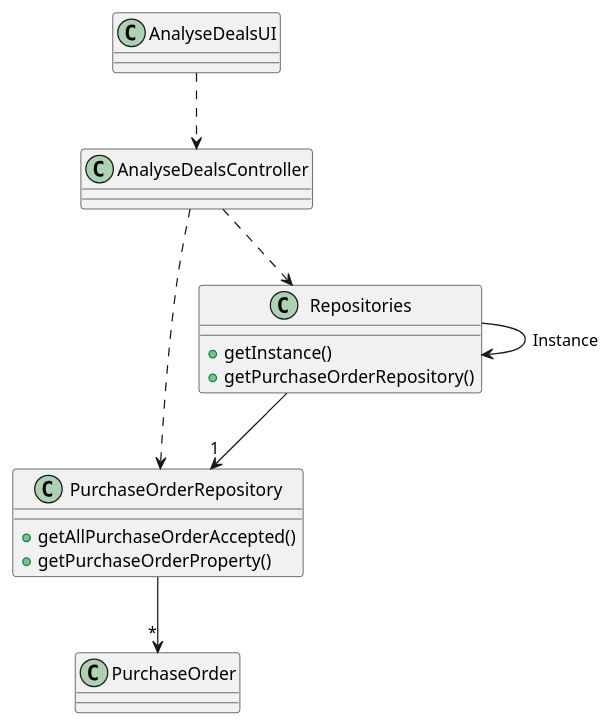
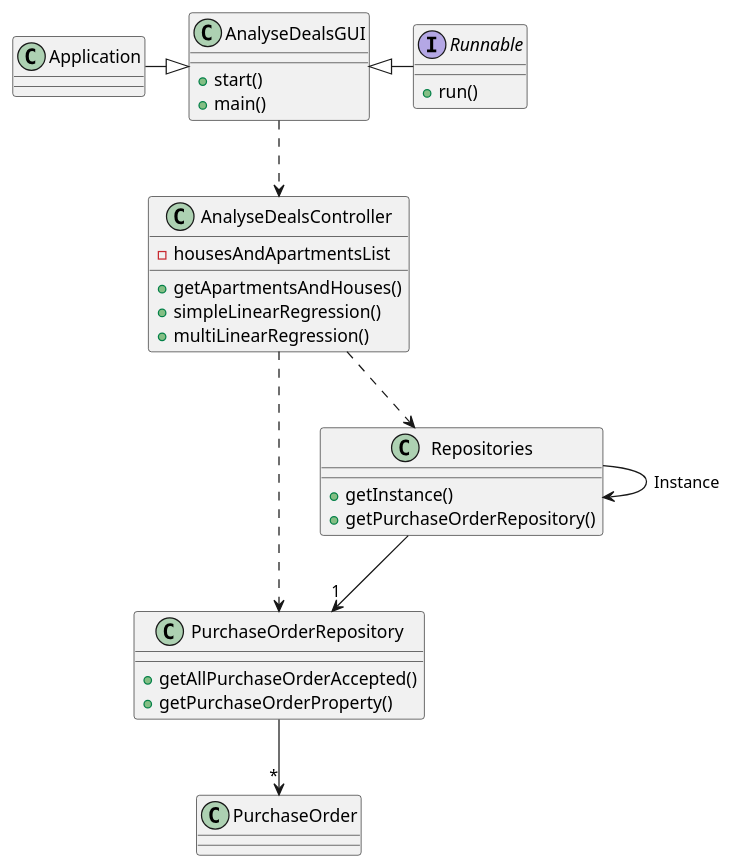
Before and after one commit to tiagohcorreia/LAPR2: the diagram in docs/sprintD/US018/03.design/puml/US018_CD.puml, drawn with PlantUML. The commit also changed 7 other files, not shown here.

Commit message:
US019 - simpleLinearRegression done

```diff
--- a/docs/sprintD/US018/03.design/puml/US018_CD.puml
+++ b/docs/sprintD/US018/03.design/puml/US018_CD.puml
@@ -1,34 +1,44 @@
 @startuml
+interface Runnable {
+    + run()
+}
 
-class AnalyseDealsUI {
+class AnalyseDealsGUI {
+    + start()
+    + main()
 }
 
 class AnalyseDealsController {
+    - housesAndApartmentsList
+    + getApartmentsAndHouses()
+    + simpleLinearRegression()
+    + multiLinearRegression()
 }
 
 class PurchaseOrderRepository {
 
     +getAllPurchaseOrderAccepted()
     +getPurchaseOrderProperty()
 
 }
 
 class Repositories {
 
     +getInstance()
     +getPurchaseOrderRepository()
 
 }
 
-
-AnalyseDealsUI -[dashed]-> AnalyseDealsController
+Application -right-|> AnalyseDealsGUI
+Runnable -left-|> AnalyseDealsGUI
+AnalyseDealsGUI -[dashed]-> AnalyseDealsController
 AnalyseDealsController-[dashed]-> Repositories
 AnalyseDealsController-[dashed]-> PurchaseOrderRepository
 
 PurchaseOrderRepository -down-> "*" PurchaseOrder
 
 Repositories --> Repositories: Instance
 
 Repositories -->"1" PurchaseOrderRepository
 
 @enduml
```
